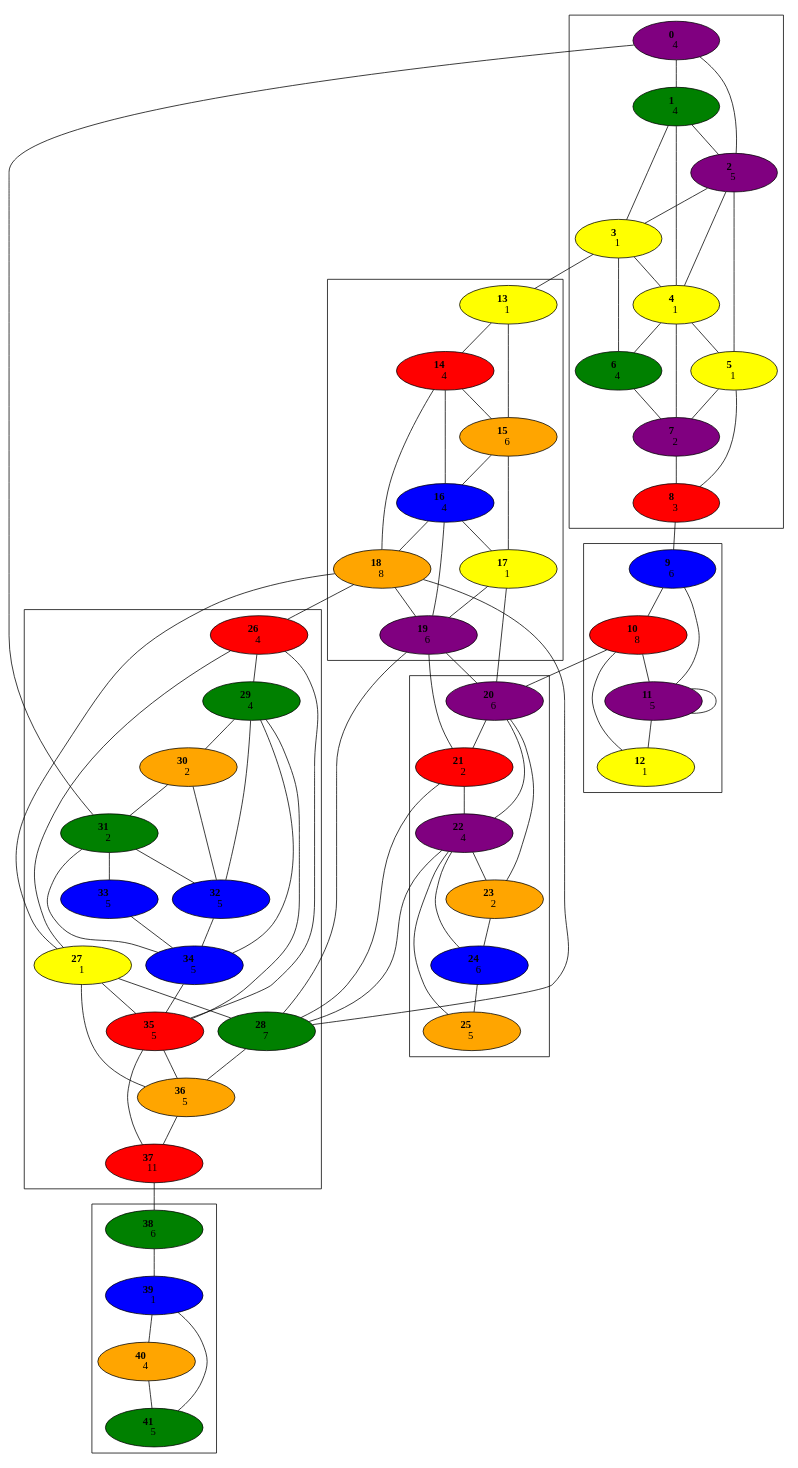
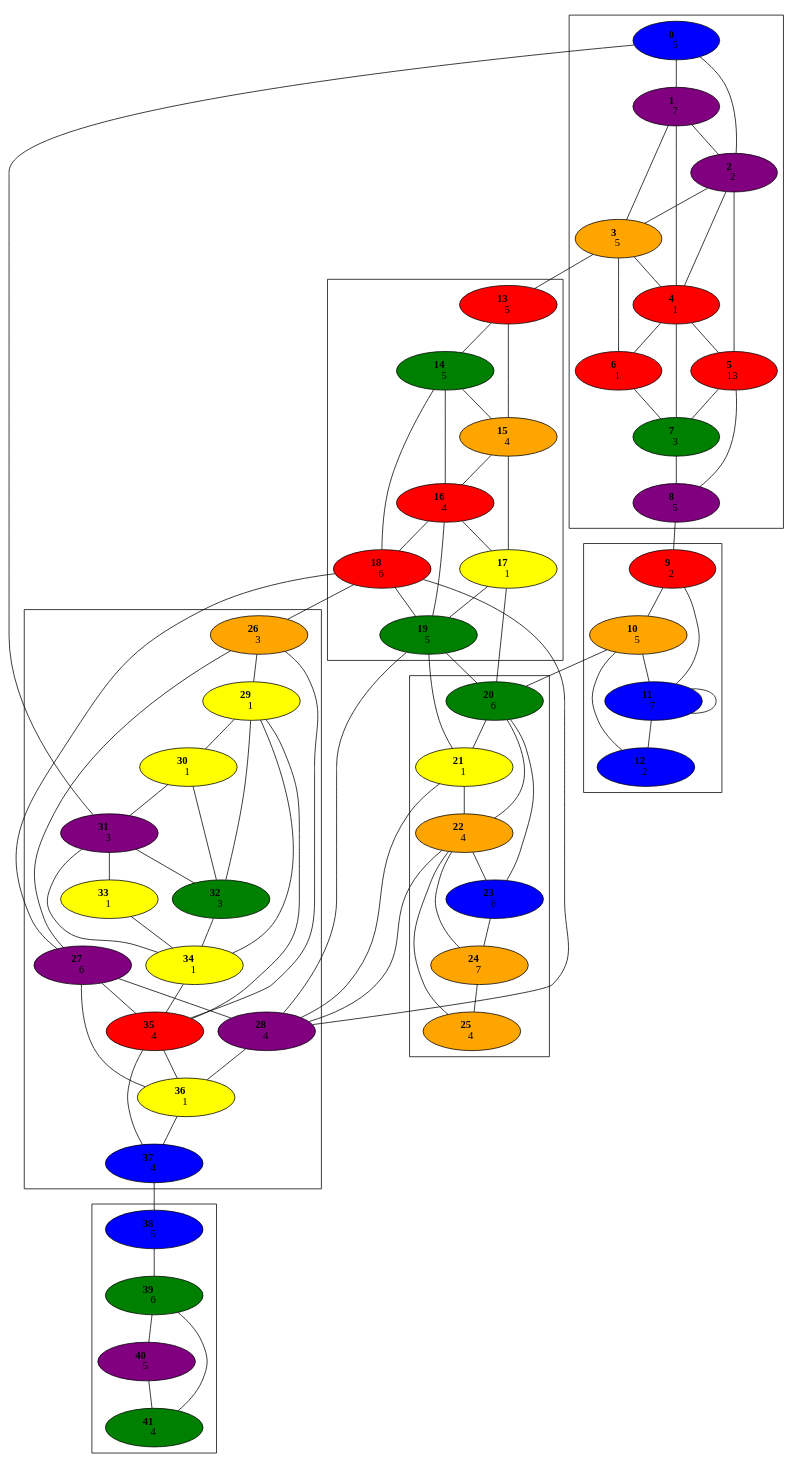
One commit to jsf2408/Risk changed the diagram in Graph.gv. Above: the diagram before and after it, drawn with Graphviz. The commit also changed 1 other file, not shown here.

```diff
--- a/Graph.gv
+++ b/Graph.gv
@@ -137,88 +137,88 @@
 	39 -- 40
 	39 -- 41
 	40 -- 41
-	0 [fillcolor=purple style=filled]
-	1 [fillcolor=green style=filled]
+	0 [fillcolor=blue style=filled]
+	1 [fillcolor=purple style=filled]
 	2 [fillcolor=purple style=filled]
-	3 [fillcolor=yellow style=filled]
-	4 [fillcolor=yellow style=filled]
-	5 [fillcolor=yellow style=filled]
-	6 [fillcolor=green style=filled]
-	7 [fillcolor=purple style=filled]
-	8 [fillcolor=red style=filled]
-	9 [fillcolor=blue style=filled]
-	10 [fillcolor=red style=filled]
-	11 [fillcolor=purple style=filled]
-	12 [fillcolor=yellow style=filled]
-	13 [fillcolor=yellow style=filled]
-	14 [fillcolor=red style=filled]
+	3 [fillcolor=orange style=filled]
+	4 [fillcolor=red style=filled]
+	5 [fillcolor=red style=filled]
+	6 [fillcolor=red style=filled]
+	7 [fillcolor=green style=filled]
+	8 [fillcolor=purple style=filled]
+	9 [fillcolor=red style=filled]
+	10 [fillcolor=orange style=filled]
+	11 [fillcolor=blue style=filled]
+	12 [fillcolor=blue style=filled]
+	13 [fillcolor=red style=filled]
+	14 [fillcolor=green style=filled]
 	15 [fillcolor=orange style=filled]
-	16 [fillcolor=blue style=filled]
+	16 [fillcolor=red style=filled]
 	17 [fillcolor=yellow style=filled]
-	18 [fillcolor=orange style=filled]
-	19 [fillcolor=purple style=filled]
-	20 [fillcolor=purple style=filled]
-	21 [fillcolor=red style=filled]
-	22 [fillcolor=purple style=filled]
-	23 [fillcolor=orange style=filled]
-	24 [fillcolor=blue style=filled]
+	18 [fillcolor=red style=filled]
+	19 [fillcolor=green style=filled]
+	20 [fillcolor=green style=filled]
+	21 [fillcolor=yellow style=filled]
+	22 [fillcolor=orange style=filled]
+	23 [fillcolor=blue style=filled]
+	24 [fillcolor=orange style=filled]
 	25 [fillcolor=orange style=filled]
-	26 [fillcolor=red style=filled]
-	27 [fillcolor=yellow style=filled]
-	28 [fillcolor=green style=filled]
-	29 [fillcolor=green style=filled]
-	30 [fillcolor=orange style=filled]
-	31 [fillcolor=green style=filled]
-	32 [fillcolor=blue style=filled]
-	33 [fillcolor=blue style=filled]
-	34 [fillcolor=blue style=filled]
+	26 [fillcolor=orange style=filled]
+	27 [fillcolor=purple style=filled]
+	28 [fillcolor=purple style=filled]
+	29 [fillcolor=yellow style=filled]
+	30 [fillcolor=yellow style=filled]
+	31 [fillcolor=purple style=filled]
+	32 [fillcolor=green style=filled]
+	33 [fillcolor=yellow style=filled]
+	34 [fillcolor=yellow style=filled]
 	35 [fillcolor=red style=filled]
-	36 [fillcolor=orange style=filled]
-	37 [fillcolor=red style=filled]
-	38 [fillcolor=green style=filled]
-	39 [fillcolor=blue style=filled]
-	40 [fillcolor=orange style=filled]
+	36 [fillcolor=yellow style=filled]
+	37 [fillcolor=blue style=filled]
+	38 [fillcolor=blue style=filled]
+	39 [fillcolor=green style=filled]
+	40 [fillcolor=purple style=filled]
 	41 [fillcolor=green style=filled]
-	0 [label=< <b>      0    </b> <br/>4>]
-	1 [label=< <b>      1    </b> <br/>4>]
-	2 [label=< <b>      2    </b> <br/>5>]
-	3 [label=< <b>      3    </b> <br/>1>]
+	0 [label=< <b>      0    </b> <br/>5>]
+	1 [label=< <b>      1    </b> <br/>7>]
+	2 [label=< <b>      2    </b> <br/>2>]
+	3 [label=< <b>      3    </b> <br/>5>]
 	4 [label=< <b>      4    </b> <br/>1>]
-	5 [label=< <b>      5    </b> <br/>1>]
-	6 [label=< <b>      6    </b> <br/>4>]
-	7 [label=< <b>      7    </b> <br/>2>]
-	8 [label=< <b>      8    </b> <br/>3>]
-	9 [label=< <b>      9    </b> <br/>6>]
-	10 [label=< <b>      10    </b> <br/>8>]
-	11 [label=< <b>      11    </b> <br/>5>]
-	12 [label=< <b>      12    </b> <br/>1>]
-	13 [label=< <b>      13    </b> <br/>1>]
-	14 [label=< <b>      14    </b> <br/>4>]
-	15 [label=< <b>      15    </b> <br/>6>]
+	5 [label=< <b>      5    </b> <br/>13>]
+	6 [label=< <b>      6    </b> <br/>1>]
+	7 [label=< <b>      7    </b> <br/>3>]
+	8 [label=< <b>      8    </b> <br/>5>]
+	9 [label=< <b>      9    </b> <br/>2>]
+	10 [label=< <b>      10    </b> <br/>5>]
+	11 [label=< <b>      11    </b> <br/>7>]
+	12 [label=< <b>      12    </b> <br/>2>]
+	13 [label=< <b>      13    </b> <br/>5>]
+	14 [label=< <b>      14    </b> <br/>5>]
+	15 [label=< <b>      15    </b> <br/>4>]
 	16 [label=< <b>      16    </b> <br/>4>]
 	17 [label=< <b>      17    </b> <br/>1>]
-	18 [label=< <b>      18    </b> <br/>8>]
-	19 [label=< <b>      19    </b> <br/>6>]
+	18 [label=< <b>      18    </b> <br/>6>]
+	19 [label=< <b>      19    </b> <br/>5>]
 	20 [label=< <b>      20    </b> <br/>6>]
-	21 [label=< <b>      21    </b> <br/>2>]
+	21 [label=< <b>      21    </b> <br/>1>]
 	22 [label=< <b>      22    </b> <br/>4>]
-	23 [label=< <b>      23    </b> <br/>2>]
-	24 [label=< <b>      24    </b> <br/>6>]
-	25 [label=< <b>      25    </b> <br/>5>]
-	26 [label=< <b>      26    </b> <br/>4>]
-	27 [label=< <b>      27    </b> <br/>1>]
-	28 [label=< <b>      28    </b> <br/>7>]
-	29 [label=< <b>      29    </b> <br/>4>]
-	30 [label=< <b>      30    </b> <br/>2>]
-	31 [label=< <b>      31    </b> <br/>2>]
-	32 [label=< <b>      32    </b> <br/>5>]
-	33 [label=< <b>      33    </b> <br/>5>]
-	34 [label=< <b>      34    </b> <br/>5>]
-	35 [label=< <b>      35    </b> <br/>5>]
-	36 [label=< <b>      36    </b> <br/>5>]
-	37 [label=< <b>      37    </b> <br/>11>]
-	38 [label=< <b>      38    </b> <br/>6>]
-	39 [label=< <b>      39    </b> <br/>1>]
-	40 [label=< <b>      40    </b> <br/>4>]
-	41 [label=< <b>      41    </b> <br/>5>]
+	23 [label=< <b>      23    </b> <br/>6>]
+	24 [label=< <b>      24    </b> <br/>7>]
+	25 [label=< <b>      25    </b> <br/>4>]
+	26 [label=< <b>      26    </b> <br/>3>]
+	27 [label=< <b>      27    </b> <br/>6>]
+	28 [label=< <b>      28    </b> <br/>4>]
+	29 [label=< <b>      29    </b> <br/>1>]
+	30 [label=< <b>      30    </b> <br/>1>]
+	31 [label=< <b>      31    </b> <br/>3>]
+	32 [label=< <b>      32    </b> <br/>3>]
+	33 [label=< <b>      33    </b> <br/>1>]
+	34 [label=< <b>      34    </b> <br/>1>]
+	35 [label=< <b>      35    </b> <br/>4>]
+	36 [label=< <b>      36    </b> <br/>1>]
+	37 [label=< <b>      37    </b> <br/>4>]
+	38 [label=< <b>      38    </b> <br/>5>]
+	39 [label=< <b>      39    </b> <br/>6>]
+	40 [label=< <b>      40    </b> <br/>5>]
+	41 [label=< <b>      41    </b> <br/>4>]
 }
```
